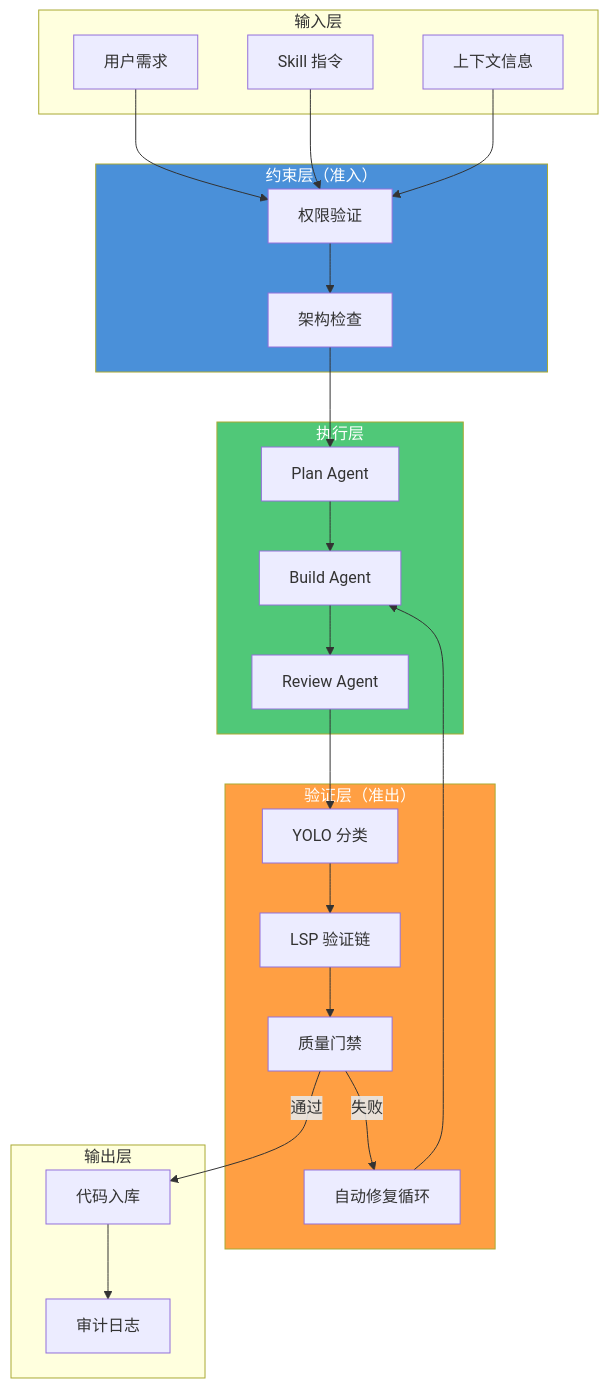
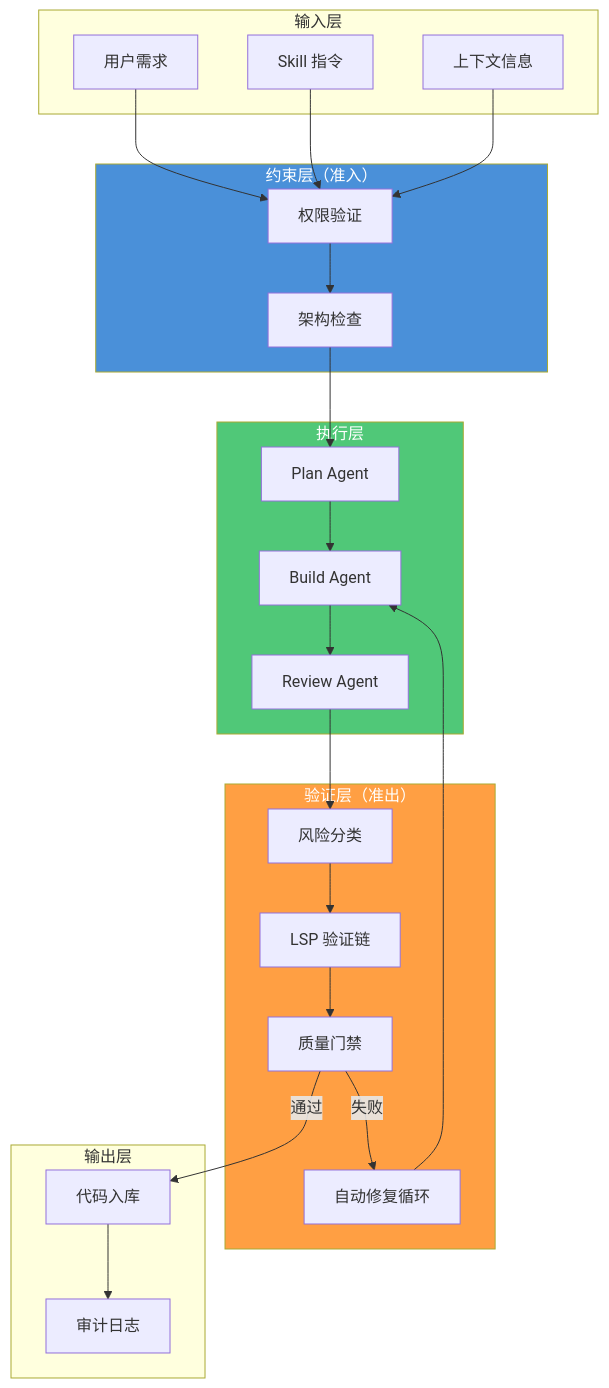
One commit to tonydeng/harness-engineering-from-oc-to-ai-coding changed the second of 12 diagrams in src/02-core-concepts/validation-harness.md. Above: the diagram before and after it, drawn with Mermaid. The commit also changed other lines of this file and 69 other files, not shown here.

````diff
--- a/src/02-core-concepts/validation-harness.md
+++ b/src/02-core-concepts/validation-harness.md
@@ -125,50 +127,50 @@
 ```mermaid
 flowchart TB
     subgraph 输入层["输入层"]
         I1[用户需求]
         I2[Skill 指令]
         I3[上下文信息]
     end
     
     subgraph 约束层["约束层（准入）"]
         C1[权限验证]
         C2[架构检查]
     end
     
     subgraph 执行层["执行层"]
         E1[Plan Agent]
         E2[Build Agent]
         E3[Review Agent]
     end
     
     subgraph 验证层["验证层（准出）"]
-        V1[YOLO 分类]
+        V1[风险分类]
         V2[LSP 验证链]
         V3[质量门禁]
         V4[自动修复循环]
     end
     
     subgraph 输出层["输出层"]
         O1[代码入库]
         O2[审计日志]
     end
     
     I1 --> C1
     I2 --> C1
     I3 --> C1
     C1 --> C2
     C2 --> E1
     E1 --> E2
     E2 --> E3
     E3 --> V1
     V1 --> V2
     V2 --> V3
     V3 --> |通过| O1
     V3 --> |失败| V4
     V4 --> E2
     O1 --> O2
     
     style 约束层 fill:#4A90D9,color:#fff
     style 执行层 fill:#50C878,color:#fff
     style 验证层 fill:#FF9F43,color:#fff
 ```
````
